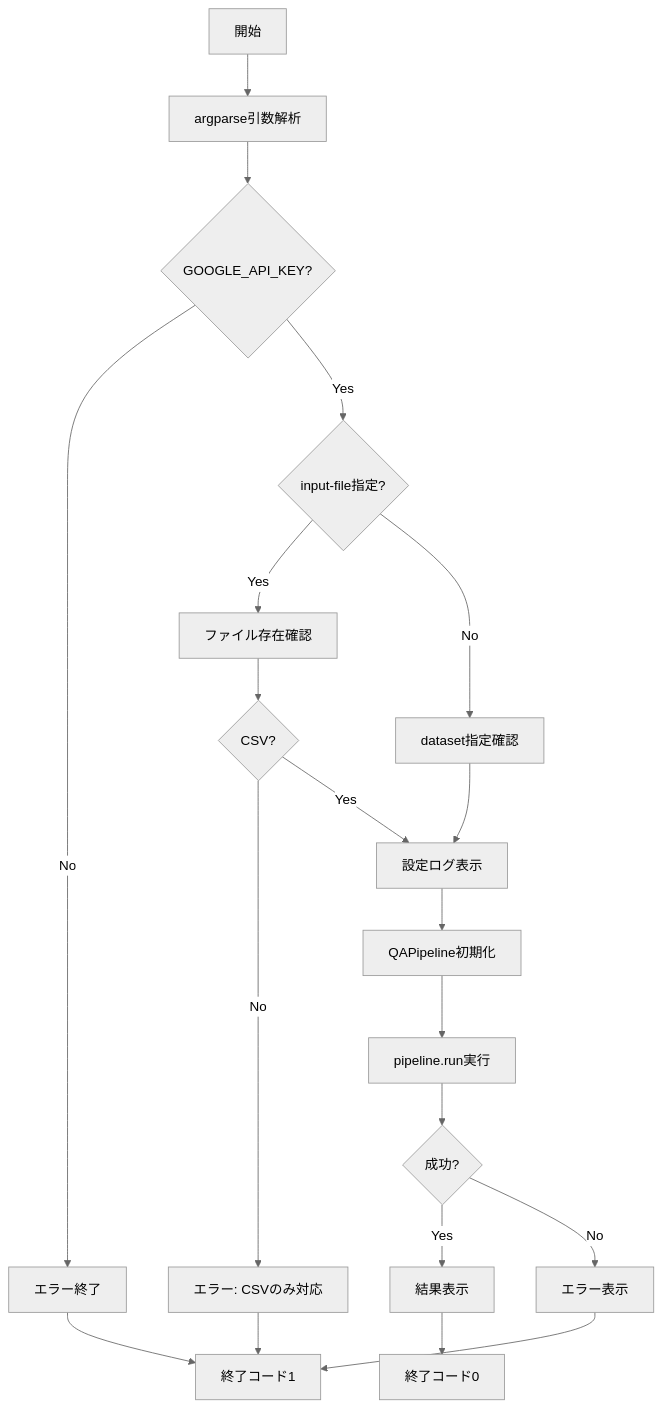
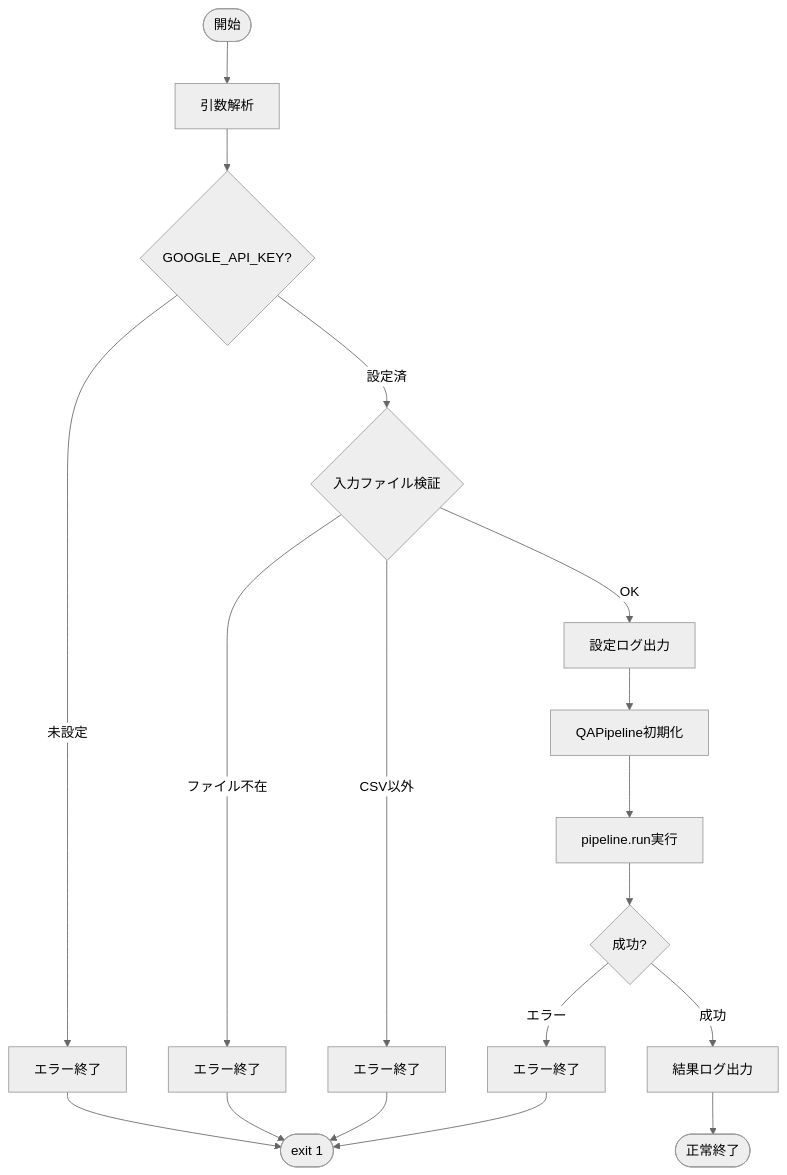
The fourth of 4 diagrams in qa_qdrant/doc/make_qa.md (nakashima2toshio/gemini_grace_agent), drawn with Mermaid (neutral theme) before and after one commit. The commit also changed other lines of this file and 5 other files, not shown here.

````diff
--- a/qa_qdrant/doc/make_qa.md
+++ b/qa_qdrant/doc/make_qa.md
@@ -213,25 +343,24 @@
 ```mermaid
 flowchart TD
-    A[開始] --> B[argparse引数解析]
-    B --> C{GOOGLE_API_KEY?}
-    C -->|No| D[エラー終了]
-    C -->|Yes| E{input-file指定?}
+    START([開始]) --> PARSE[引数解析]
+    PARSE --> CHECK_KEY{GOOGLE_API_KEY?}
+    CHECK_KEY -->|未設定| ERROR1[エラー終了]
+    CHECK_KEY -->|設定済| CHECK_INPUT{入力ファイル検証}
 
-    E -->|Yes| F[ファイル存在確認]
-    F --> G{CSV?}
-    G -->|No| H[エラー: CSVのみ対応]
-    G -->|Yes| I[設定ログ表示]
+    CHECK_INPUT -->|ファイル不在| ERROR2[エラー終了]
+    CHECK_INPUT -->|CSV以外| ERROR3[エラー終了]
+    CHECK_INPUT -->|OK| LOG_CONFIG[設定ログ出力]
 
-    E -->|No| J[dataset指定確認]
-    J --> I
+    LOG_CONFIG --> INIT[QAPipeline初期化]
+    INIT --> RUN[pipeline.run実行]
+    RUN --> CHECK_RESULT{成功?}
 
-    I --> K[QAPipeline初期化]
-    K --> L[pipeline.run実行]
-    L --> M{成功?}
-    M -->|Yes| N[結果表示]
-    M -->|No| O[エラー表示]
-    N --> P[終了コード0]
-    O --> Q[終了コード1]
-    H --> Q
-    D --> Q
+    CHECK_RESULT -->|エラー| ERROR4[エラー終了]
+    CHECK_RESULT -->|成功| LOG_RESULT[結果ログ出力]
+    LOG_RESULT --> END([正常終了])
+
+    ERROR1 --> EXIT1([exit 1])
+    ERROR2 --> EXIT1
+    ERROR3 --> EXIT1
+    ERROR4 --> EXIT1
 ```
````
